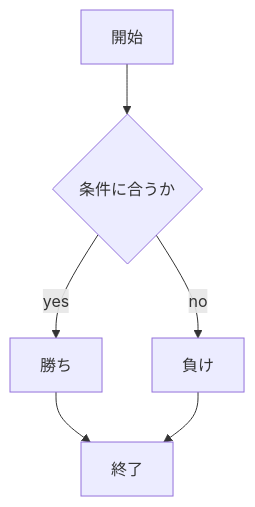
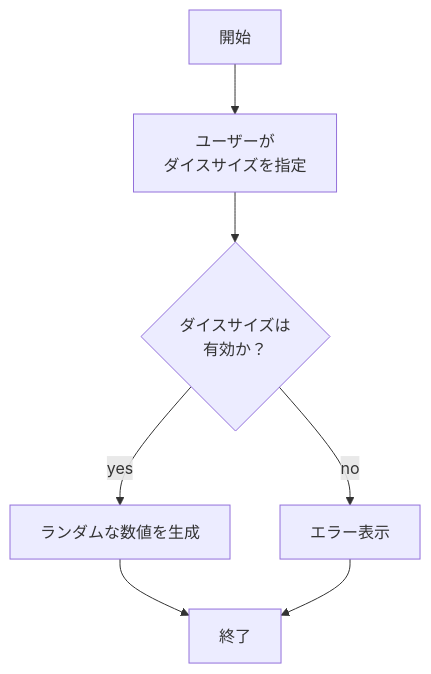
One commit to aoimochimochi/webpro_06 changed the first of 2 diagrams in README.md. Above: the diagram before and after it, drawn with Mermaid. The commit also changed other lines of this file and 5 other files, not shown here.

````diff
--- a/README.md
+++ b/README.md
@@ -4,15 +16,19 @@
 ```mermaid
 flowchart TD;
 start["開始"];
 end1["終了"]
-if{"条件に合うか"}
-win["勝ち"]
-loose["負け"]
+sikaku["ユーザーが
+ダイスサイズを指定"]
+if{"ダイスサイズは
+有効か？"}
+win["ランダムな数値を生成"]
+loose["エラー表示"]
 
-start --> if
+start --> sikaku
+sikaku--> if
 if -->|yes| win
 win --> end1
 if -->|no| loose
 loose --> end1
 
 ```
````
